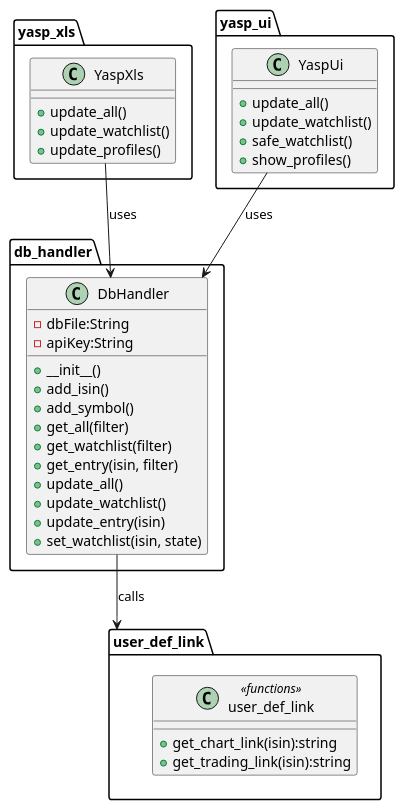
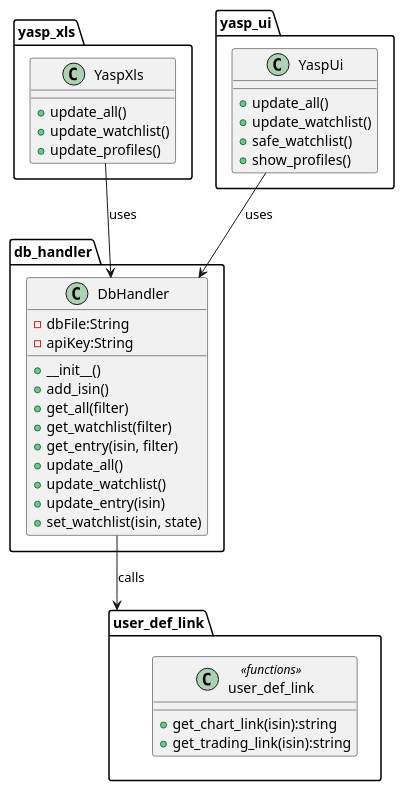
The diagram in docs/diagrams/src/classes.iuml (achim0x/yasp), drawn with PlantUML before and after one commit. The commit also changed 1 other file, not shown here.

Commit message:
update architecture

```diff
--- a/docs/diagrams/src/classes.iuml
+++ b/docs/diagrams/src/classes.iuml
@@ -1,48 +1,47 @@
 @startuml classDiagram
 
 package db_handler {
     class DbHandler {
         -dbFile:String
         -apiKey:String
         +__init__()
         +add_isin()
-        +add_symbol()
         +get_all(filter)
         +get_watchlist(filter)
         +get_entry(isin, filter)
         +update_all()
         +update_watchlist()
         +update_entry(isin)
         +set_watchlist(isin, state)
     }
 }
 
 package yasp_xls {
     class YaspXls{
         +update_all()
         +update_watchlist()
         +update_profiles()
     }
 }
 
 package yasp_ui {
     class YaspUi {
         +update_all()
         +update_watchlist()
         +safe_watchlist()
         +show_profiles()
     }
 }
 
 package user_def_link {
     class user_def_link <<functions>> {
         +get_chart_link(isin):string
         +get_trading_link(isin):string
     }
 }
 
 YaspXls --> DbHandler : uses
 YaspUi --> DbHandler : uses
 DbHandler --> user_def_link : calls
 
 @enduml
```
